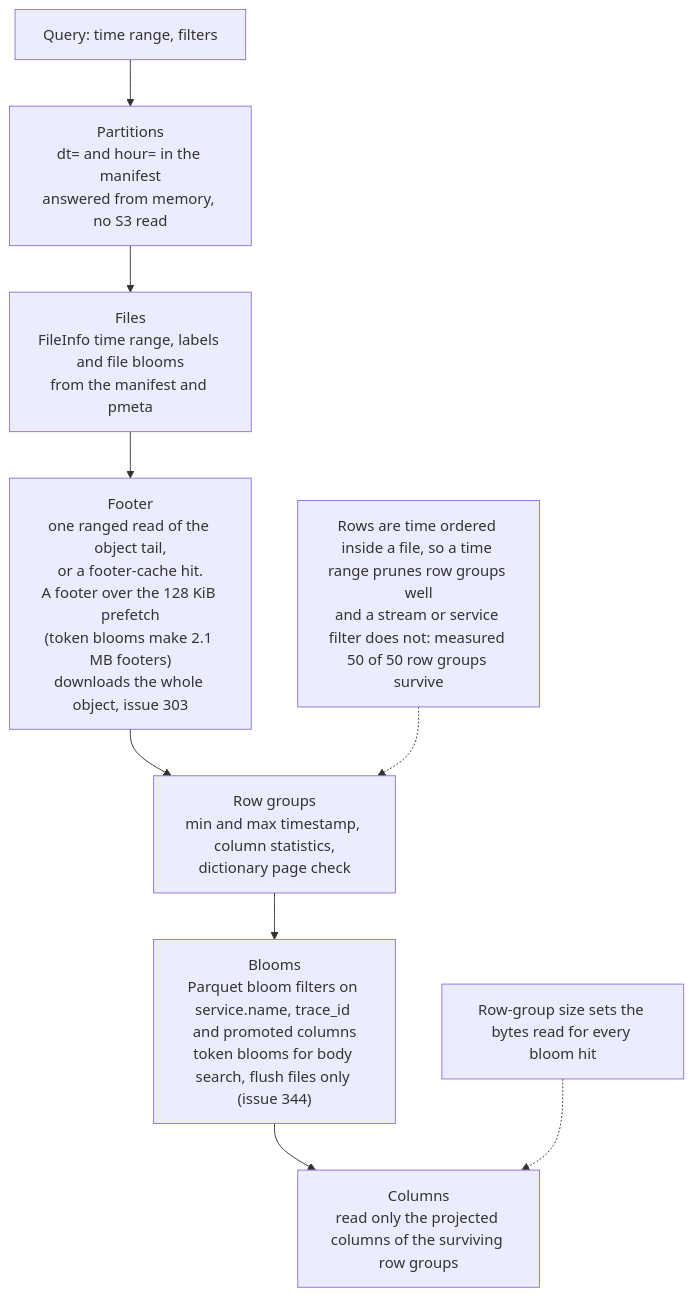
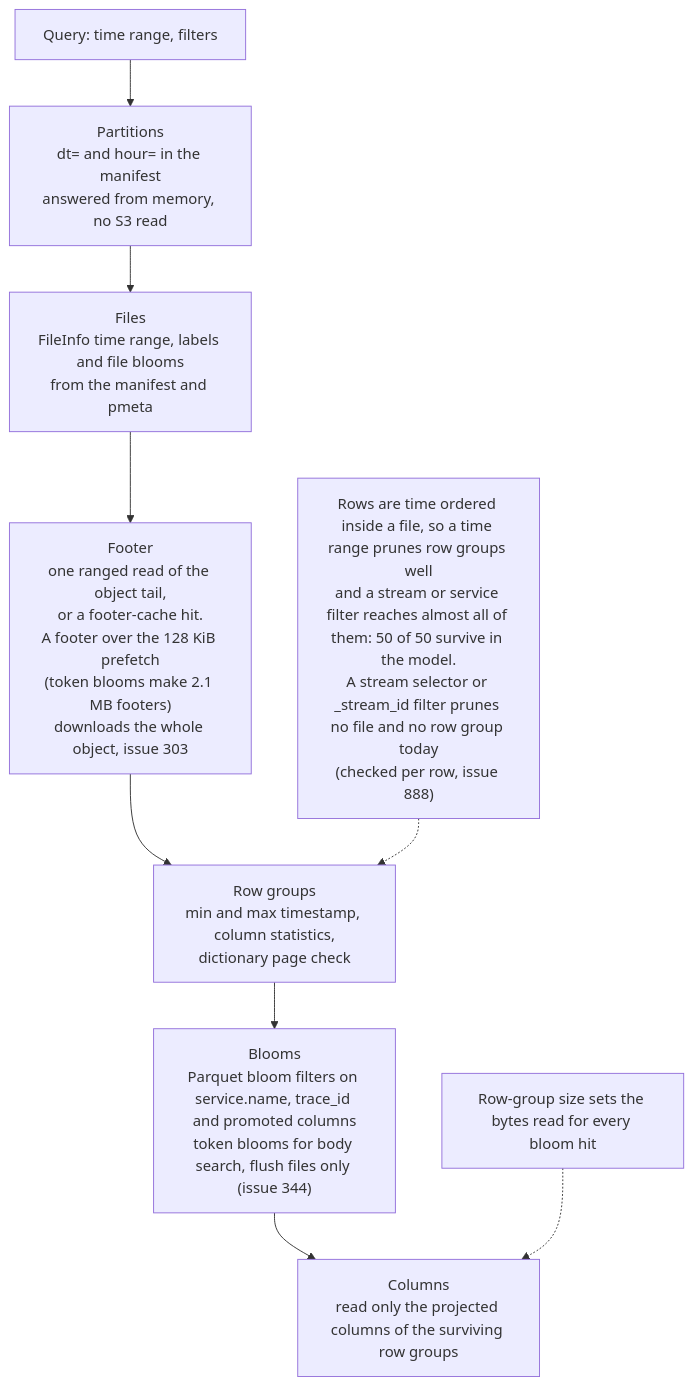
One commit to ReliablyObserve/victoria-lakehouse changed the third of 5 diagrams in docs/storage-efficiency.md. Above: the diagram before and after it, drawn with Mermaid. The commit also changed other lines of this file and 7 other files, not shown here.

````diff
--- a/docs/storage-efficiency.md
+++ b/docs/storage-efficiency.md
@@ -131,11 +132,11 @@
 ```mermaid
 flowchart TD
     Q["Query: time range, filters"] --> P["Partitions<br/>dt= and hour= in the manifest<br/>answered from memory, no S3 read"]
     P --> FL["Files<br/>FileInfo time range, labels and file blooms<br/>from the manifest and pmeta"]
     FL --> FT["Footer<br/>one ranged read of the object tail,<br/>or a footer-cache hit.<br/>A footer over the 128 KiB prefetch<br/>(token blooms make 2.1 MB footers)<br/>downloads the whole object, issue 303"]
     FT --> RG["Row groups<br/>min and max timestamp, column statistics,<br/>dictionary page check"]
     RG --> BL["Blooms<br/>Parquet bloom filters on service.name, trace_id and promoted columns<br/>token blooms for body search, flush files only (issue 344)"]
     BL --> CO["Columns<br/>read only the projected columns of the surviving row groups"]
-    N1["Rows are time ordered inside a file, so a time range prunes row groups well<br/>and a stream or service filter does not: measured 50 of 50 row groups survive"] -.-> RG
+    N1["Rows are time ordered inside a file, so a time range prunes row groups well<br/>and a stream or service filter reaches almost all of them: 50 of 50 survive in the model.<br/>A stream selector or _stream_id filter prunes no file and no row group today<br/>(checked per row, issue 888)"] -.-> RG
     N2["Row-group size sets the bytes read for every bloom hit"] -.-> CO
 ```
````
